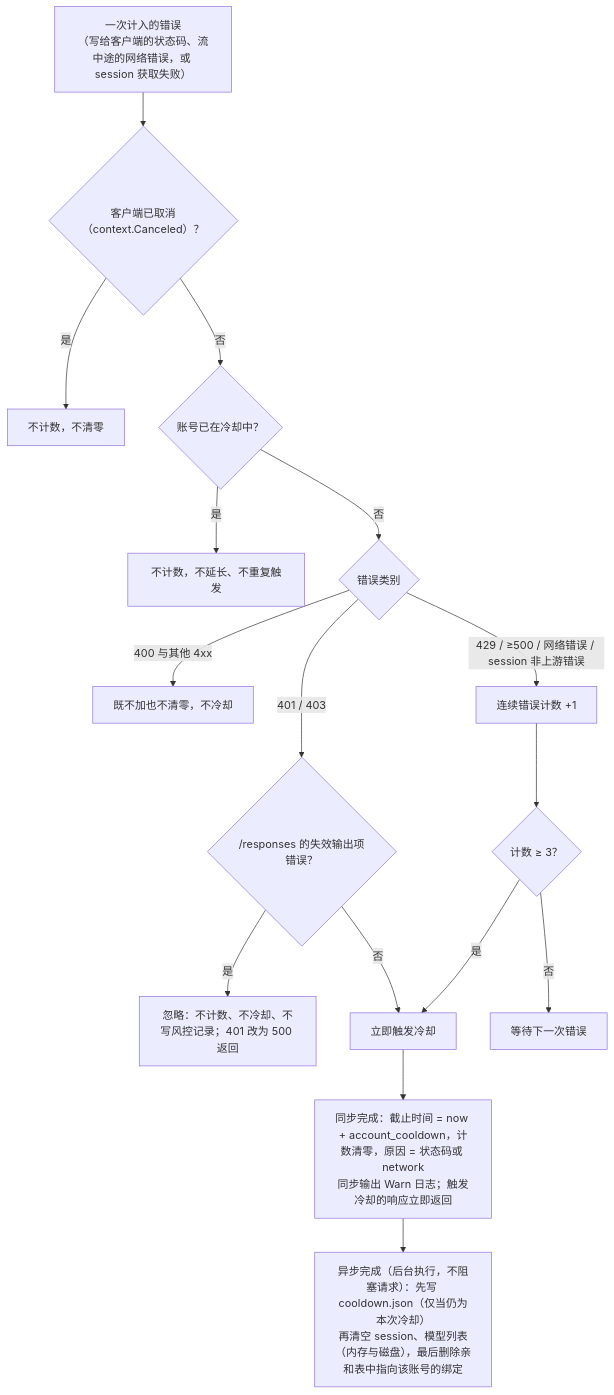
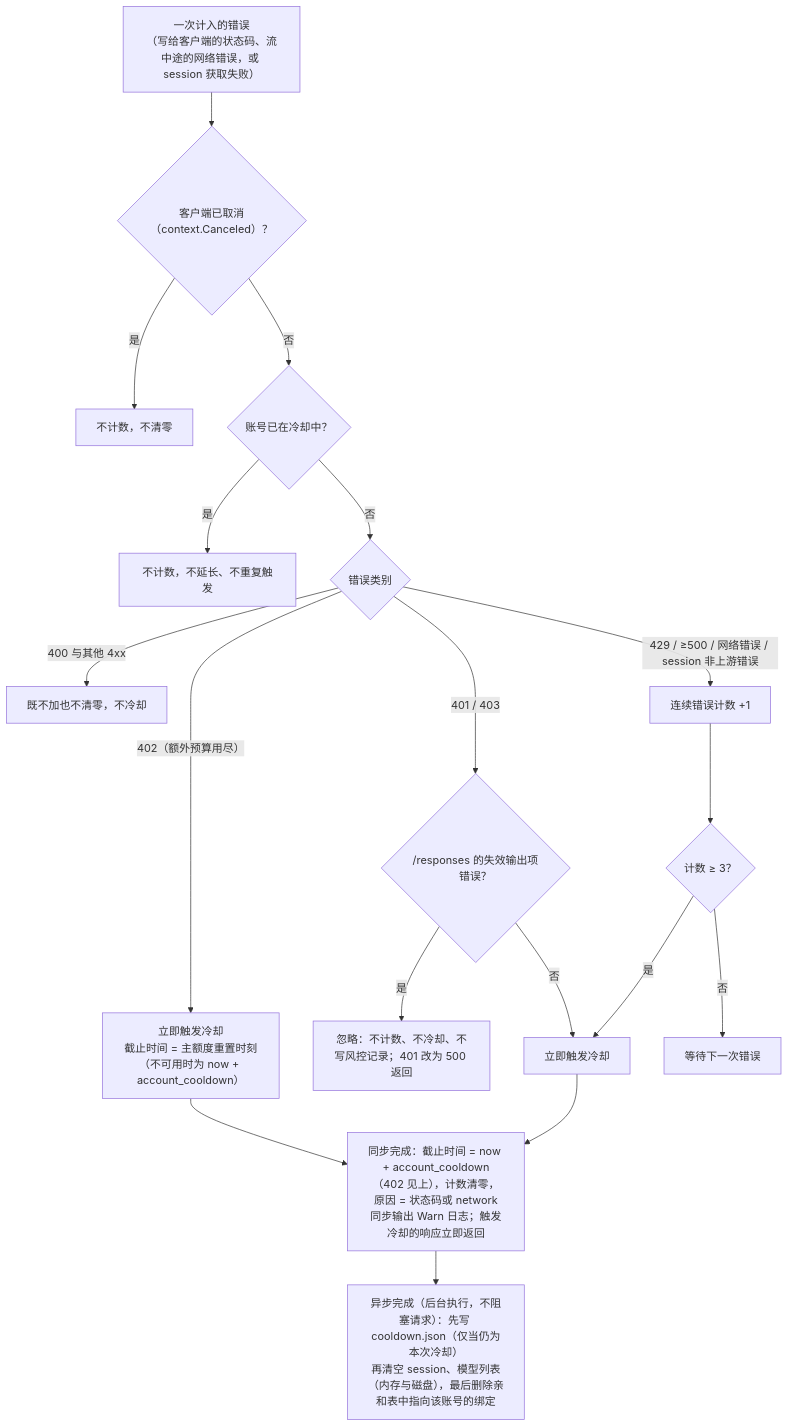
Before and after one commit to 1oo1/ghc2api: the second of 3 diagrams in docs/pool.md, drawn with Mermaid. The commit also changed other lines of this file and 9 other files, not shown here.

````diff
--- a/docs/pool.md
+++ b/docs/pool.md
@@ -76,18 +76,20 @@
 ```mermaid
 flowchart TD
     A["一次计入的错误<br/>（写给客户端的状态码、流中途的网络错误，或 session 获取失败）"] --> B{"客户端已取消（context.Canceled）？"}
     B -- 是 --> X1["不计数，不清零"]
     B -- 否 --> E{"账号已在冷却中？"}
     E -- 是 --> X3["不计数，不延长、不重复触发"]
     E -- 否 --> C{"错误类别"}
     C -- "400 与其他 4xx" --> X2["既不加也不清零，不冷却"]
+    C -- "402（额外预算用尽）" --> D2["立即触发冷却<br/>截止时间 = 主额度重置时刻<br/>（不可用时为 now + account_cooldown）"]
+    D2 --> H
     C -- "401 / 403" --> C1{"/responses 的失效输出项错误？"}
     C1 -- 是 --> X5["忽略：不计数、不冷却、不写风控记录；401 改为 500 返回"]
     C1 -- 否 --> D["立即触发冷却"]
     C -- "429 / ≥500 / 网络错误 / session 非上游错误" --> F["连续错误计数 +1"]
     F --> G{"计数 ≥ 3？"}
     G -- 否 --> X4["等待下一次错误"]
     G -- 是 --> D
-    D --> H["同步完成：截止时间 = now + account_cooldown，计数清零，原因 = 状态码或 network<br/>同步输出 Warn 日志；触发冷却的响应立即返回"]
+    D --> H["同步完成：截止时间 = now + account_cooldown（402 见上），计数清零，原因 = 状态码或 network<br/>同步输出 Warn 日志；触发冷却的响应立即返回"]
     H --> I["异步完成（后台执行，不阻塞请求）：先写 cooldown.json（仅当仍为本次冷却）<br/>再清空 session、模型列表（内存与磁盘），最后删除亲和表中指向该账号的绑定"]
 ```
````
